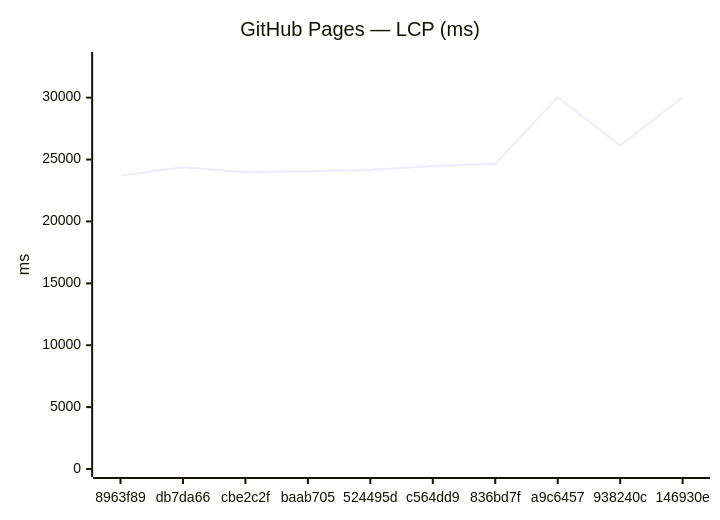
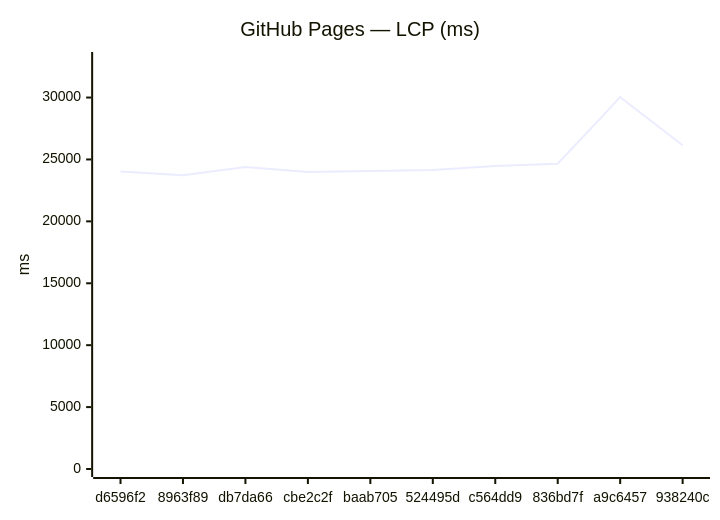
The third of 12 diagrams in benchmarks/compare.md (Metaheurist/Rianell), drawn with Mermaid before and after one commit. The commit also changed other lines of this file and 8 other files, not shown here.

````diff
--- a/benchmarks/compare.md
+++ b/benchmarks/compare.md
@@ -54,7 +54,7 @@
 ```mermaid
 xychart-beta
     title "GitHub Pages — LCP (ms)"
-    x-axis ["8963f89", "db7da66", "cbe2c2f", "baab705", "524495d", "c564dd9", "836bd7f", "a9c6457", "938240c", "146930e"]
-    y-axis "ms" 0 --> 33043
-    line [23715, 24380, 23980, 24058, 24158, 24475, 24652, 30029, 26143, 30039]
+    x-axis ["d6596f2", "8963f89", "db7da66", "cbe2c2f", "baab705", "524495d", "c564dd9", "836bd7f", "a9c6457", "938240c"]
+    y-axis "ms" 0 --> 33032
+    line [24030, 23715, 24380, 23980, 24058, 24158, 24475, 24652, 30029, 26143]
 ```
````
